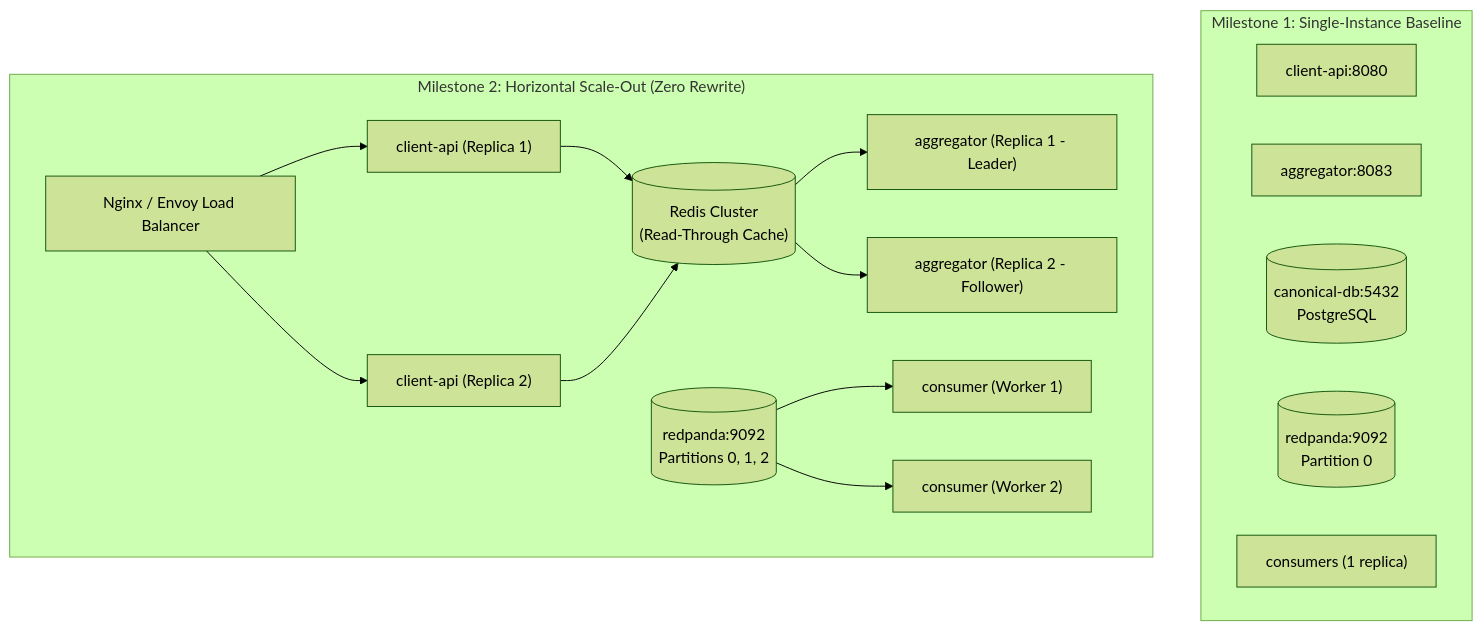
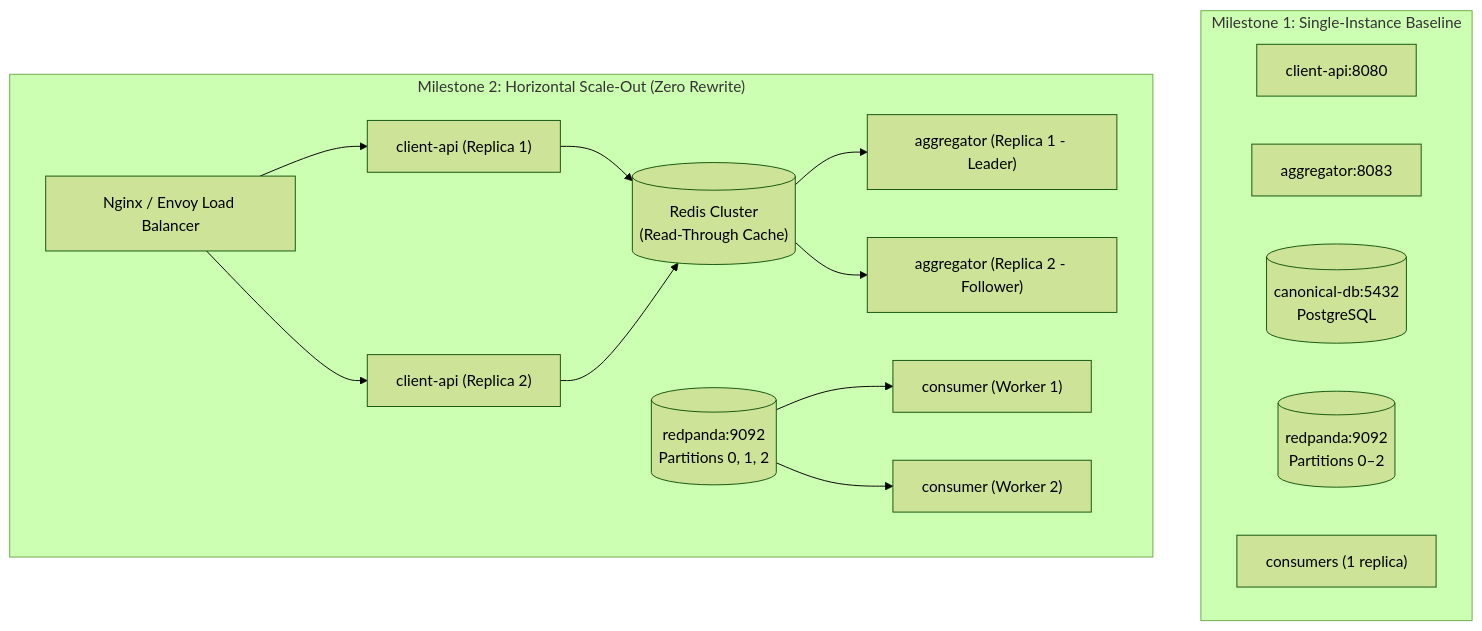
Before and after one commit to Darsua/AAT: the first of 2 diagrams in docs/adr/005-stateless-architecture-and-m2-readiness.md, drawn with Mermaid (forest theme). The commit also changed other lines of this file and 17 other files, not shown here.

````diff
--- a/docs/adr/005-stateless-architecture-and-m2-readiness.md
+++ b/docs/adr/005-stateless-architecture-and-m2-readiness.md
@@ -19,27 +19,27 @@
 ```mermaid
 flowchart TD
     subgraph M1Baseline["Milestone 1: Single-Instance Baseline"]
         C1["client-api:8080"]
         A1["aggregator:8083"]
         DB1[("canonical-db:5432\nPostgreSQL")]
-        RP1[("redpanda:9092\nPartition 0")]
+        RP1[("redpanda:9092\nPartitions 0–2")]
         CG1["consumers (1 replica)"]
     end
 
     subgraph M2Evolution["Milestone 2: Horizontal Scale-Out (Zero Rewrite)"]
         LB["Nginx / Envoy Load Balancer"]
         C_N1["client-api (Replica 1)"]
         C_N2["client-api (Replica 2)"]
         Redis[("Redis Cluster\n(Read-Through Cache)")]
         A_N1["aggregator (Replica 1 - Leader)"]
         A_N2["aggregator (Replica 2 - Follower)"]
         RP_N[("redpanda:9092\nPartitions 0, 1, 2")]
         CG_N1["consumer (Worker 1)"]
         CG_N2["consumer (Worker 2)"]
     end
 
     LB --> C_N1 & C_N2
     C_N1 & C_N2 --> Redis
     Redis --> A_N1 & A_N2
     RP_N --> CG_N1 & CG_N2
 ```
````
